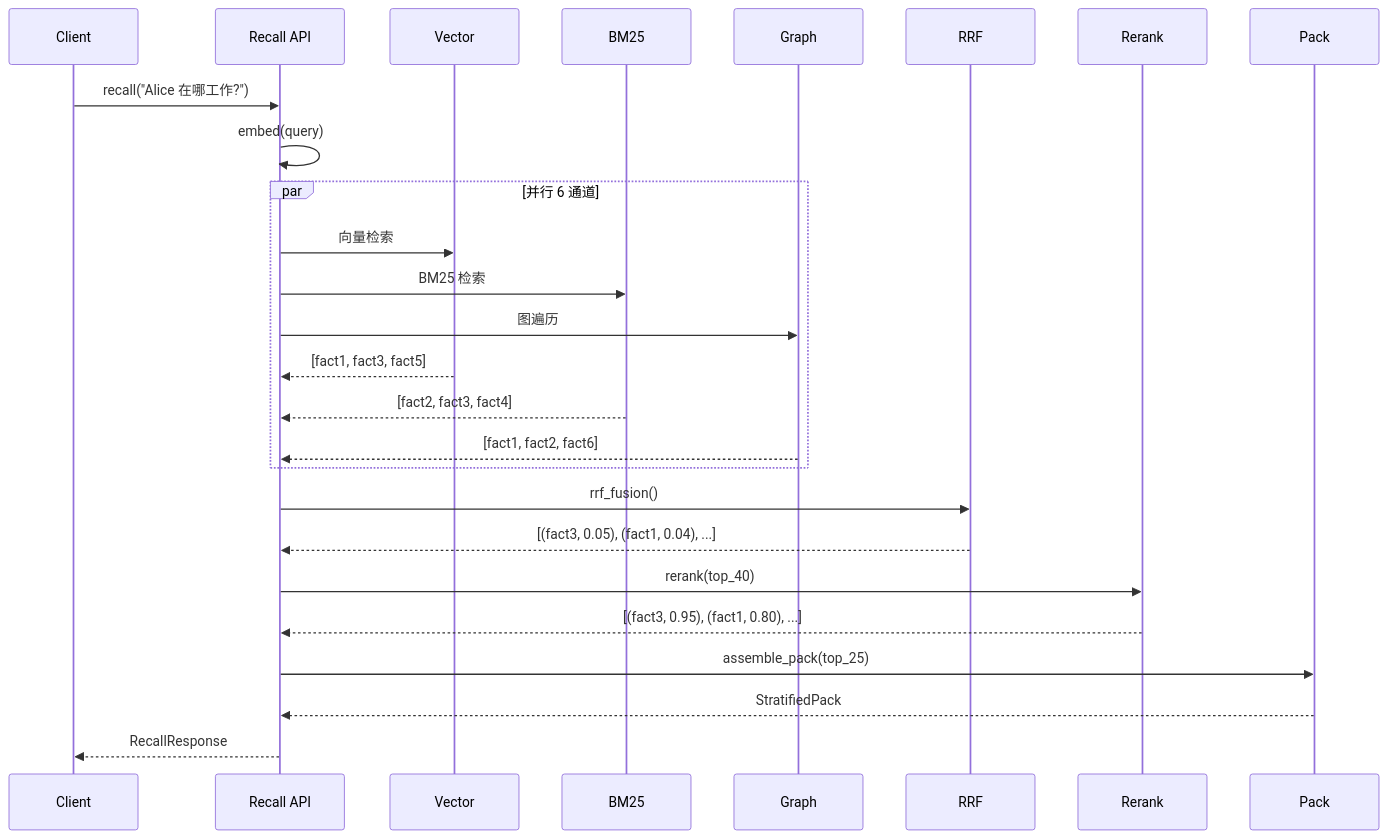
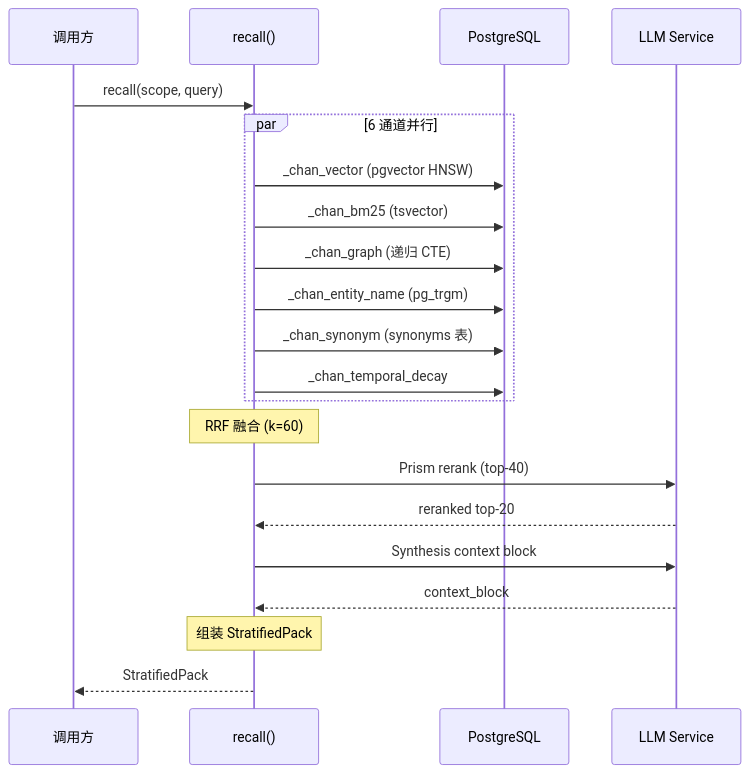
One commit to pty819/cortex-py-book changed the second of 2 diagrams in source/chapters/08-rrf-fusion.md. Above: the diagram before and after it, drawn with Mermaid. The commit also changed other lines of this file and 18 other files, not shown here.

First line of the commit message:
docs: refresh book with latest cortex-py architecture

````diff
--- a/source/chapters/08-rrf-fusion.md
+++ b/source/chapters/08-rrf-fusion.md
@@ -221,34 +117,30 @@
 ```{mermaid}
 sequenceDiagram
-    participant C as Client
-    participant API as Recall API
-    participant V as Vector
-    participant B as BM25
-    participant G as Graph
-    participant RRF as RRF
-    participant R as Rerank
-    participant P as Pack
+    participant C as 调用方
+    participant R as recall()
+    participant DB as PostgreSQL
+    participant LLM as LLM Service
     
-    C->>API: recall("Alice 在哪工作?")
-    API->>API: embed(query)
+    C->>R: recall(scope, query)
     
-    par 并行 6 通道
-        API->>V: 向量检索
-        API->>B: BM25 检索
-        API->>G: 图遍历
-        V-->>API: [fact1, fact3, fact5]
-        B-->>API: [fact2, fact3, fact4]
-        G-->>API: [fact1, fact2, fact6]
+    par 6 通道并行
+        R->>DB: _chan_vector (pgvector HNSW)
+        R->>DB: _chan_bm25 (tsvector)
+        R->>DB: _chan_graph (递归 CTE)
+        R->>DB: _chan_entity_name (pg_trgm)
+        R->>DB: _chan_synonym (synonyms 表)
+        R->>DB: _chan_temporal_decay
     end
     
-    API->>RRF: rrf_fusion()
-    RRF-->>API: [(fact3, 0.05), (fact1, 0.04), ...]
+    Note over R: RRF 融合 (k=60)
     
-    API->>R: rerank(top_40)
-    R-->>API: [(fact3, 0.95), (fact1, 0.80), ...]
+    R->>LLM: Prism rerank (top-40)
+    LLM-->>R: reranked top-20
     
-    API->>P: assemble_pack(top_25)
-    P-->>API: StratifiedPack
+    R->>LLM: Synthesis context block
+    LLM-->>R: context_block
     
-    API-->>C: RecallResponse
+    Note over R: 组装 StratifiedPack
+    
+    R-->>C: StratifiedPack
 ```
````
